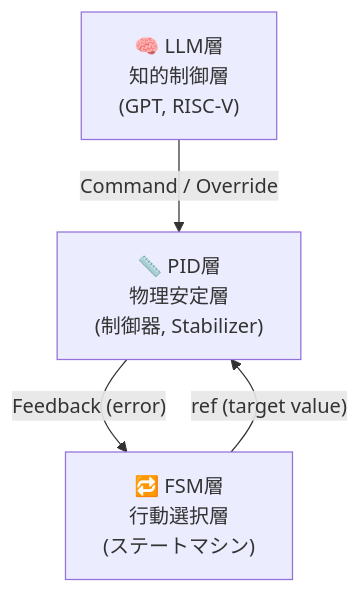
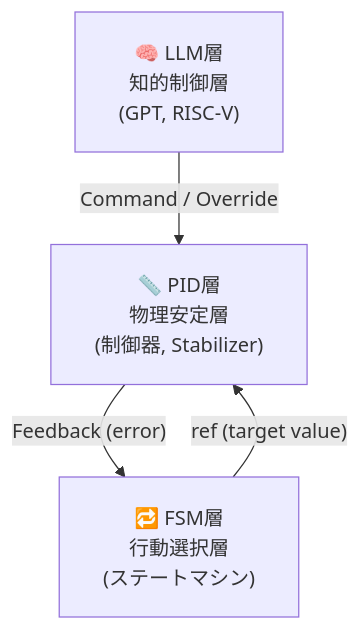
The diagram in f_chapter3_socsystem/docs/3_1_aitl_architecture.md (Samizo-AITL/Edusemi-v4x), drawn with Mermaid before and after one commit.

````diff
--- a/f_chapter3_socsystem/docs/3_1_aitl_architecture.md
+++ b/f_chapter3_socsystem/docs/3_1_aitl_architecture.md
@@ -37,10 +37,14 @@
 ```mermaid
+%% Mermaid diagram with color styling
 graph TB
-    LLM["🧠 LLM層<br/>知的制御層<br/>(GPT, RISC-V)"]
-    PID["📏 PID層<br/>物理安定層<br/>(制御器, Stabilizer)"]
-    FSM["🔁 FSM層<br/>行動選択層<br/>(ステートマシン)"]
+    %% ノード定義（HTML-like blocksで色設定）
+    LLM["<div style='background:#FFEECC;border:2px solid #FF9900;padding:5px;'>🧠 LLM層<br/>知的制御層<br/>(GPT, RISC-V)</div>"]
+    PID["<div style='background:#D0F0FF;border:2px solid #3399FF;padding:5px;'>📏 PID層<br/>物理安定層<br/>(制御器, Stabilizer)</div>"]
+    FSM["<div style='background:#E0FFE0;border:2px solid #33CC33;padding:5px;'>🔁 FSM層<br/>行動選択層<br/>(ステートマシン)</div>"]
 
+    %% 接続線
     LLM -->|"Command / Override"| PID
     FSM -->|"ref (target value)"| PID
     PID -->|"Feedback (error)"| FSM
+
 ```
````
